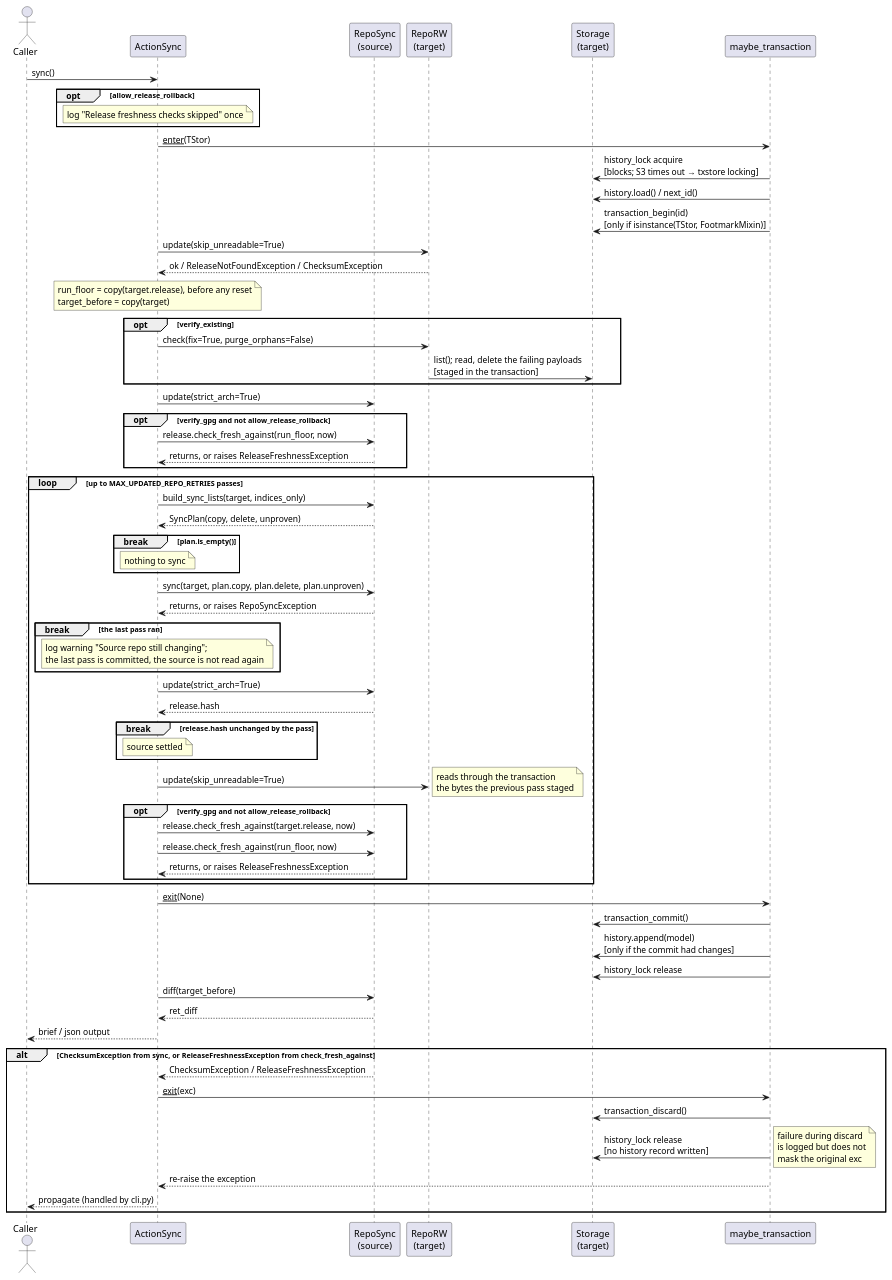
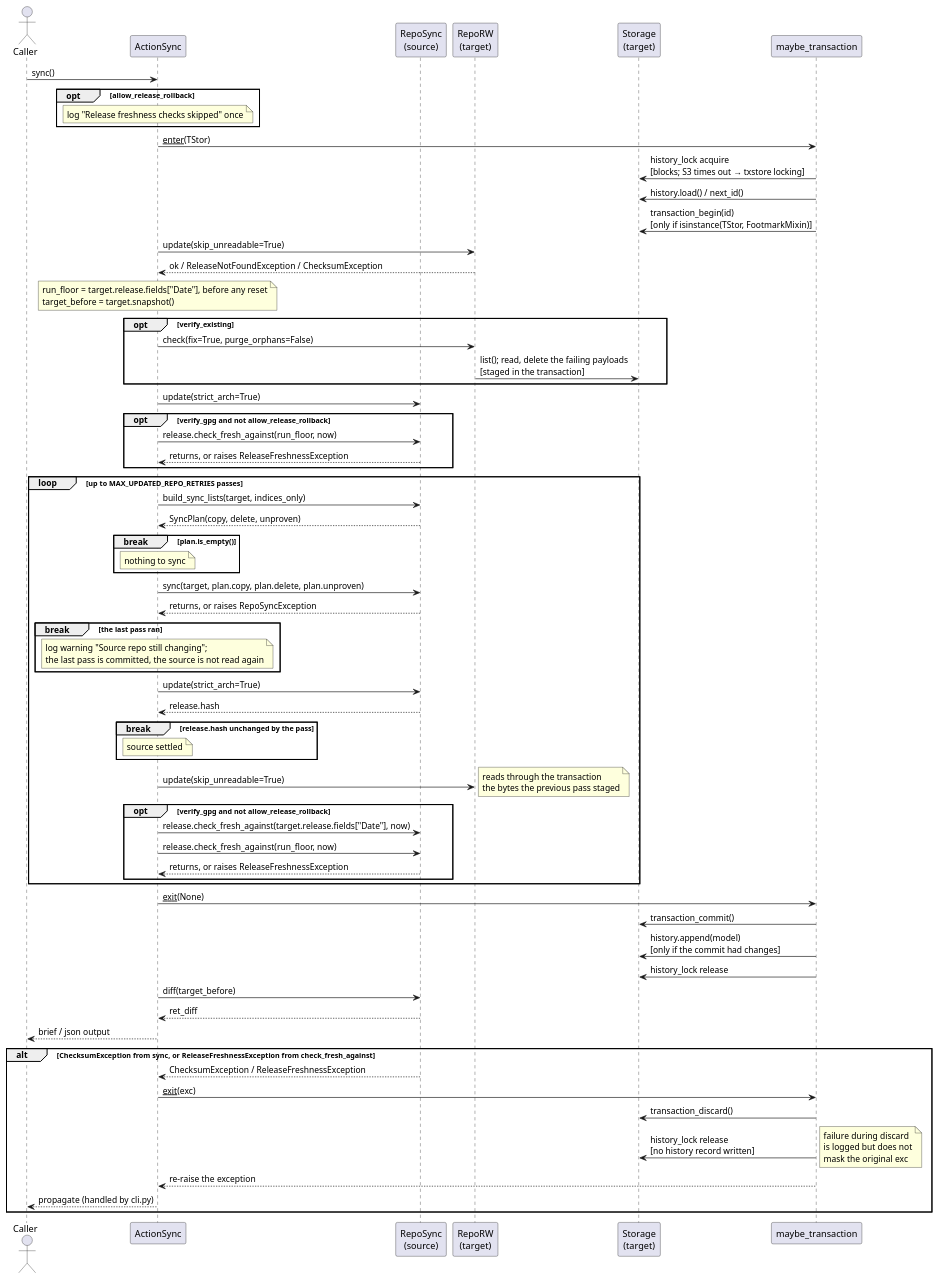
One commit to vinklat/debkit changed the diagram in docs/development/diagrams/action-sync-sequence.puml. Above: the diagram before and after it, drawn with PlantUML. The commit also changed 24 other files, not shown here.

```diff
--- a/docs/development/diagrams/action-sync-sequence.puml
+++ b/docs/development/diagrams/action-sync-sequence.puml
@@ -1,81 +1,81 @@
 @startuml
 actor Caller
 participant ActionSync
 participant "RepoSync\n(source)" as Src
 participant "RepoRW\n(target)" as Tgt
 participant "Storage\n(target)" as TStor
 participant "maybe_transaction" as CM
 
 Caller -> ActionSync: sync()
 
 opt allow_release_rollback
   note over ActionSync: log "Release freshness checks skipped" once
 end
 
 ActionSync -> CM: __enter__(TStor)
 CM -> TStor: history_lock acquire\n[blocks; S3 times out → txstore locking]
 CM -> TStor: history.load() / next_id()
 CM -> TStor: transaction_begin(id)\n[only if isinstance(TStor, FootmarkMixin)]
 
 ActionSync -> Tgt: update(skip_unreadable=True)
 Tgt --> ActionSync: ok / ReleaseNotFoundException / ChecksumException
-note over ActionSync: run_floor = copy(target.release), before any reset\ntarget_before = copy(target)
+note over ActionSync: run_floor = target.release.fields["Date"], before any reset\ntarget_before = target.snapshot()
 
 opt verify_existing
   ActionSync -> Tgt: check(fix=True, purge_orphans=False)
   Tgt -> TStor: list(); read, delete the failing payloads\n[staged in the transaction]
 end
 
 ActionSync -> Src: update(strict_arch=True)
 opt verify_gpg and not allow_release_rollback
   ActionSync -> Src: release.check_fresh_against(run_floor, now)
   Src --> ActionSync: returns, or raises ReleaseFreshnessException
 end
 
 loop up to MAX_UPDATED_REPO_RETRIES passes
   ActionSync -> Src: build_sync_lists(target, indices_only)
   Src --> ActionSync: SyncPlan(copy, delete, unproven)
   break plan.is_empty()
     note over ActionSync: nothing to sync
   end
 
   ActionSync -> Src: sync(target, plan.copy, plan.delete, plan.unproven)
   Src --> ActionSync: returns, or raises RepoSyncException
   break the last pass ran
     note over ActionSync: log warning "Source repo still changing";\nthe last pass is committed, the source is not read again
   end
 
   ActionSync -> Src: update(strict_arch=True)
   Src --> ActionSync: release.hash
   break release.hash unchanged by the pass
     note over ActionSync: source settled
   end
 
   ActionSync -> Tgt: update(skip_unreadable=True)
   note right: reads through the transaction\nthe bytes the previous pass staged
   opt verify_gpg and not allow_release_rollback
-    ActionSync -> Src: release.check_fresh_against(target.release, now)
+    ActionSync -> Src: release.check_fresh_against(target.release.fields["Date"], now)
     ActionSync -> Src: release.check_fresh_against(run_floor, now)
     Src --> ActionSync: returns, or raises ReleaseFreshnessException
   end
 end
 
 ActionSync -> CM: __exit__(None)
 CM -> TStor: transaction_commit()
 CM -> TStor: history.append(model)\n[only if the commit had changes]
 CM -> TStor: history_lock release
 
 ActionSync -> Src: diff(target_before)
 Src --> ActionSync: ret_diff
 ActionSync --> Caller: brief / json output
 
 alt ChecksumException from sync, or ReleaseFreshnessException from check_fresh_against
   Src --> ActionSync: ChecksumException / ReleaseFreshnessException
   ActionSync -> CM: __exit__(exc)
   CM -> TStor: transaction_discard()
   CM -> TStor: history_lock release\n[no history record written]
   note right: failure during discard\nis logged but does not\nmask the original exc
   CM --> ActionSync: re-raise the exception
   ActionSync --> Caller: propagate (handled by cli.py)
 end
 @enduml
```
